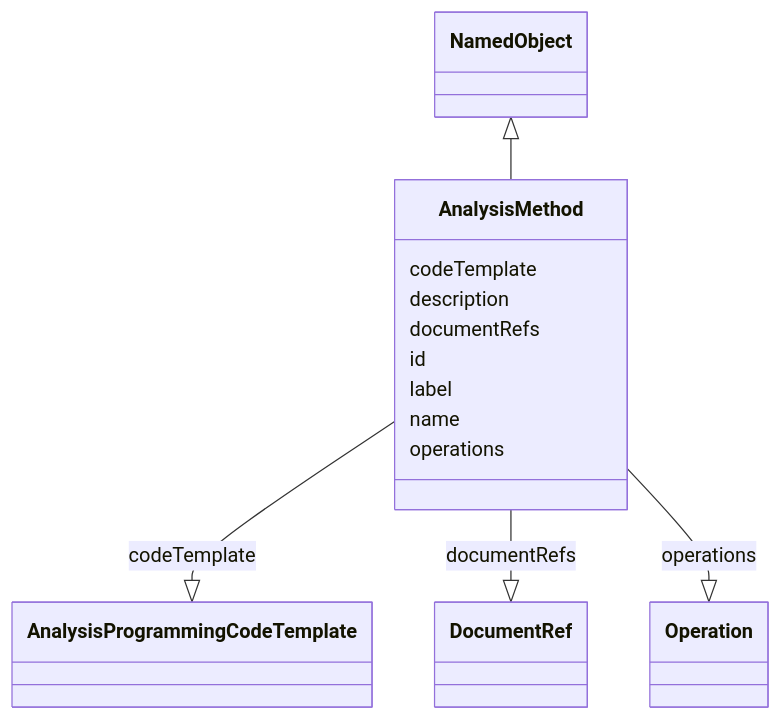
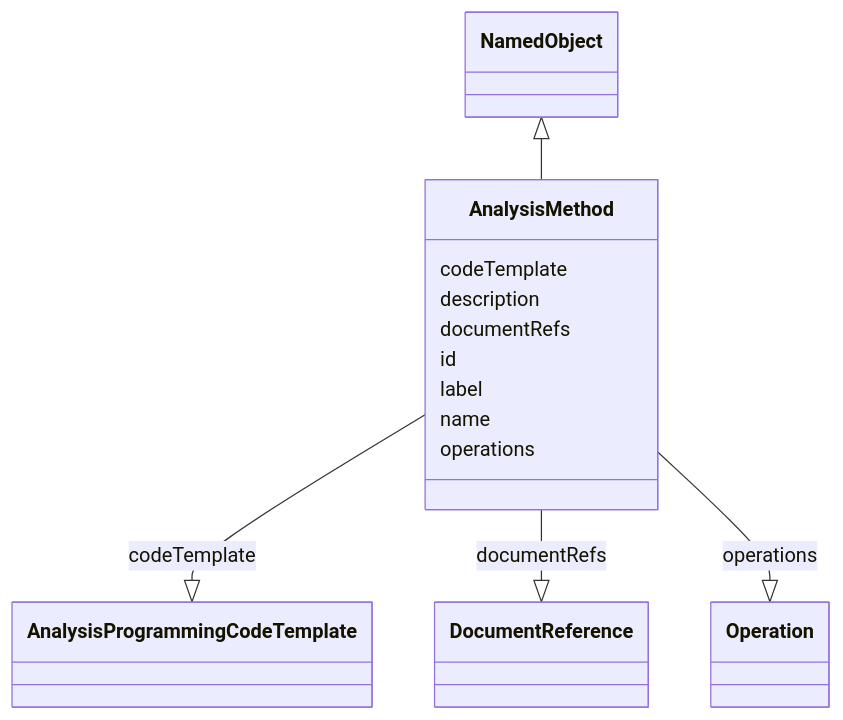
One commit to cdisc-org/analysis-results-standard changed the diagram in project/docs/AnalysisMethod.md. Above: the diagram before and after it, drawn with Mermaid. The commit also changed other lines of this file and 281 other files, not shown here.

````diff
--- a/project/docs/AnalysisMethod.md
+++ b/project/docs/AnalysisMethod.md
@@ -14,27 +14,27 @@
 ```mermaid
  classDiagram
     class AnalysisMethod
       NamedObject <|-- AnalysisMethod
       
       AnalysisMethod : codeTemplate
         
           AnalysisMethod --|> AnalysisProgrammingCodeTemplate : codeTemplate
         
       AnalysisMethod : description
         
       AnalysisMethod : documentRefs
         
-          AnalysisMethod --|> DocumentRef : documentRefs
+          AnalysisMethod --|> DocumentReference : documentRefs
         
       AnalysisMethod : id
         
       AnalysisMethod : label
         
       AnalysisMethod : name
         
       AnalysisMethod : operations
         
           AnalysisMethod --|> Operation : operations
         
       
 ```
````
